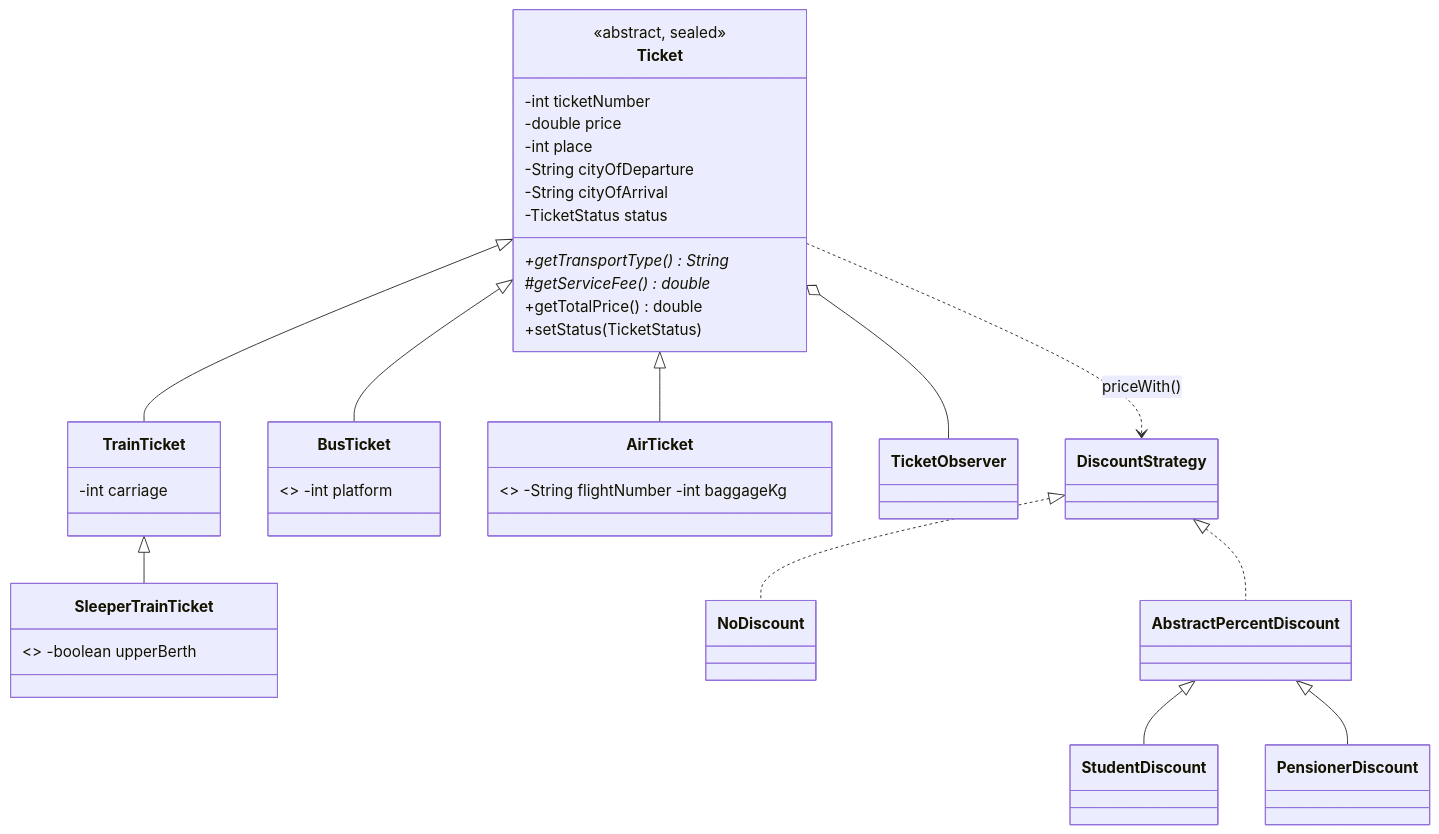
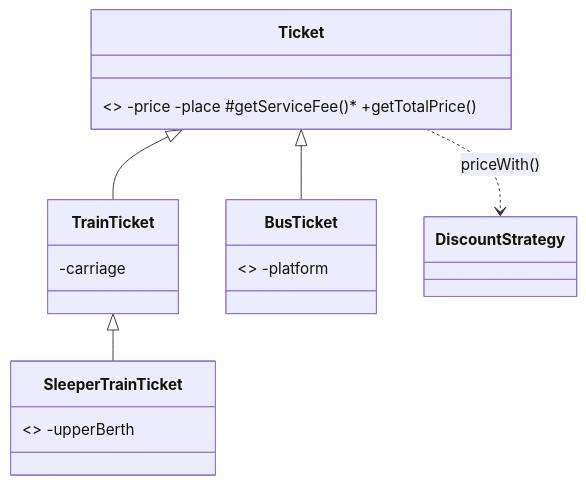
Before and after one commit to JuliaNedzelska0/Java_lab: the diagram in lr6/lr6/README.md, drawn with Mermaid. The commit also changed other lines of this file and 6 other files, not shown here.

````diff
--- a/lr6/lr6/README.md
+++ b/lr6/lr6/README.md
@@ -26,30 +17,11 @@
 ```mermaid
 classDiagram
-    class Ticket {
-        <<abstract, sealed>>
-        -int ticketNumber
-        -double price
-        -int place
-        -String cityOfDeparture
-        -String cityOfArrival
-        -TicketStatus status
-        +getTransportType()* String
-        #getServiceFee()* double
-        +getTotalPrice() double
-        +setStatus(TicketStatus)
-    }
-    class TrainTicket { -int carriage }
-    class SleeperTrainTicket { <<final>> -boolean upperBerth }
-    class BusTicket { <<final>> -int platform }
-    class AirTicket { <<final>> -String flightNumber  -int baggageKg }
+    class Ticket { <<abstract, sealed>> -price -place #getServiceFee()* +getTotalPrice() }
+    class TrainTicket { -carriage }
+    class SleeperTrainTicket { <<final>> -upperBerth }
+    class BusTicket { <<final>> -platform }
     Ticket <|-- TrainTicket
     TrainTicket <|-- SleeperTrainTicket
     Ticket <|-- BusTicket
-    Ticket <|-- AirTicket
-    Ticket o-- TicketObserver
     Ticket ..> DiscountStrategy : priceWith()
-    DiscountStrategy <|.. NoDiscount
-    DiscountStrategy <|.. AbstractPercentDiscount
-    AbstractPercentDiscount <|-- StudentDiscount
-    AbstractPercentDiscount <|-- PensionerDiscount
 ```
````
